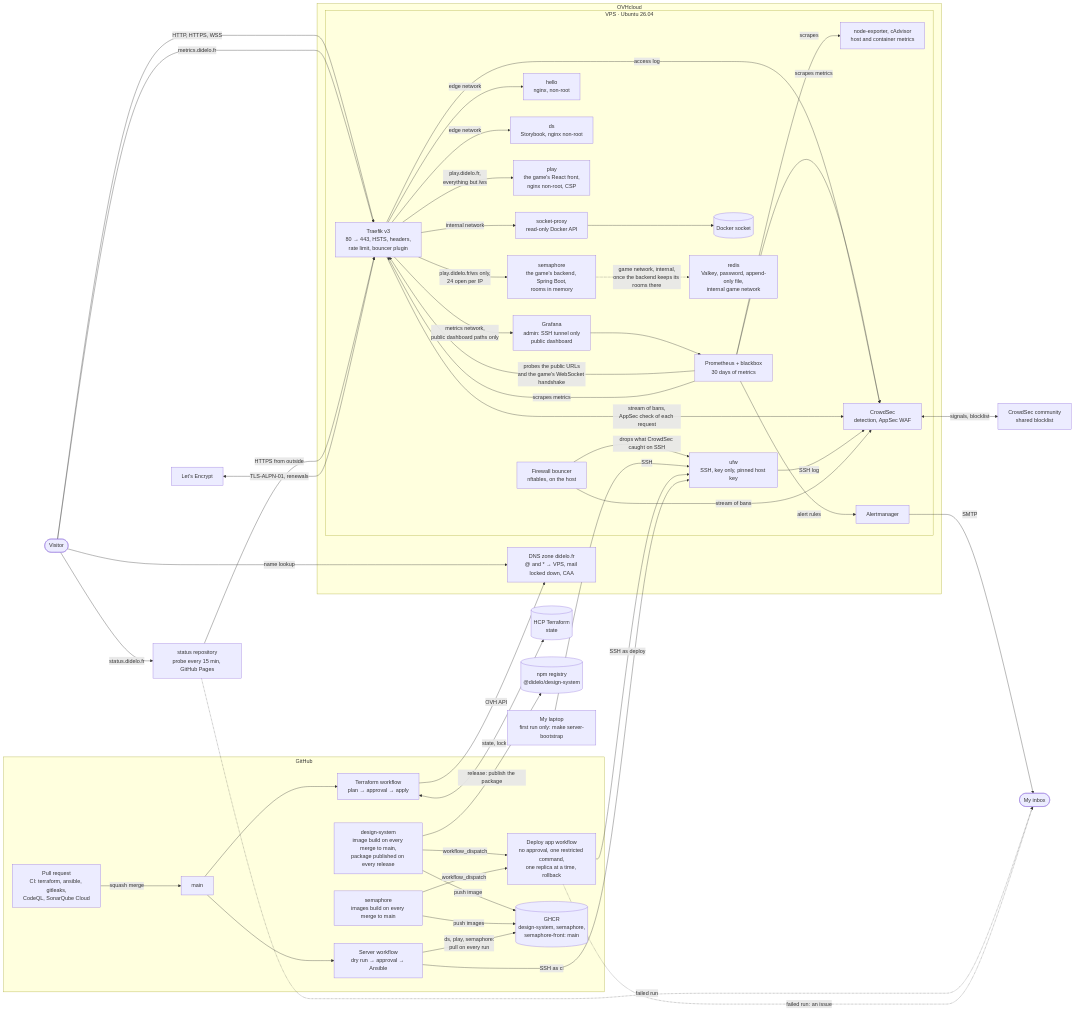
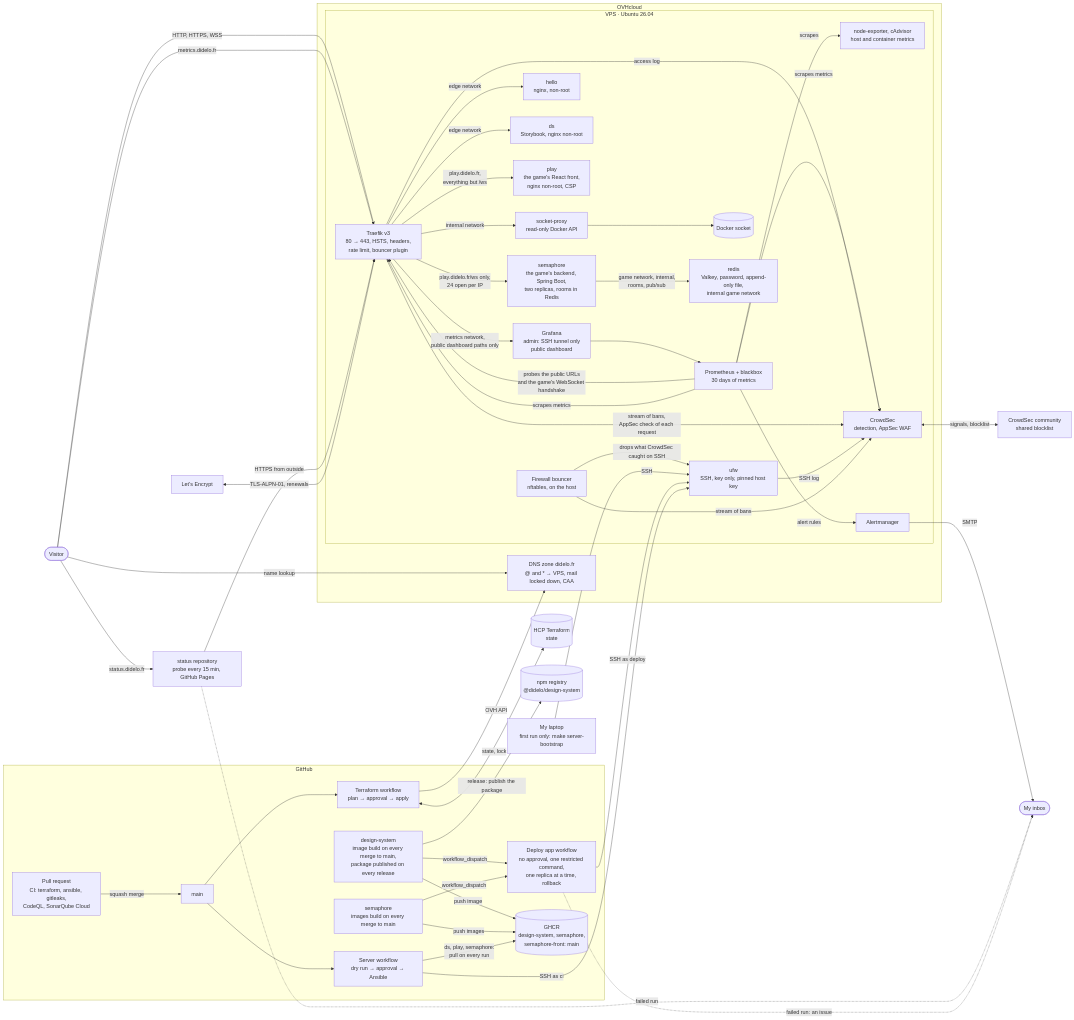
The diagram in README.md (Didelo-lilian/infra), drawn with Mermaid before and after one commit. The commit also changed other lines of this file and 6 other files, not shown here.

Commit message:
feat(semaphore): run two replicas of the backend that share their rooms in Redis

```diff
--- a/README.md
+++ b/README.md
@@ -42,7 +42,7 @@
       hello["hello<br/>nginx, non-root"]
       ds["ds<br/>Storybook, nginx non-root"]
       play["play<br/>the game's React front,<br/>nginx non-root, CSP"]
-      sem["semaphore<br/>the game's backend, Spring Boot,<br/>rooms in memory"]
+      sem["semaphore<br/>the game's backend, Spring Boot,<br/>two replicas, rooms in Redis"]
       redis["redis<br/>Valkey, password, append-only file,<br/>internal game network"]
       graf["Grafana<br/>admin: SSH tunnel only<br/>public dashboard"]
       prom["Prometheus + blackbox<br/>30 days of metrics"]
@@ -74,7 +74,7 @@
   traefik -->|"edge network"| ds
   traefik -->|"play.didelo.fr,<br/>everything but /ws"| play
   traefik -->|"play.didelo.fr/ws only,<br/>24 open per IP"| sem
-  sem -.->|"game network, internal,<br/>once the backend keeps its rooms there"| redis
+  sem -->|"game network, internal,<br/>rooms, pub/sub"| redis
   graf --> prom
   visitor -->|"metrics.didelo.fr"| traefik
   traefik -->|"metrics network,<br/>public dashboard paths only"| graf
```
